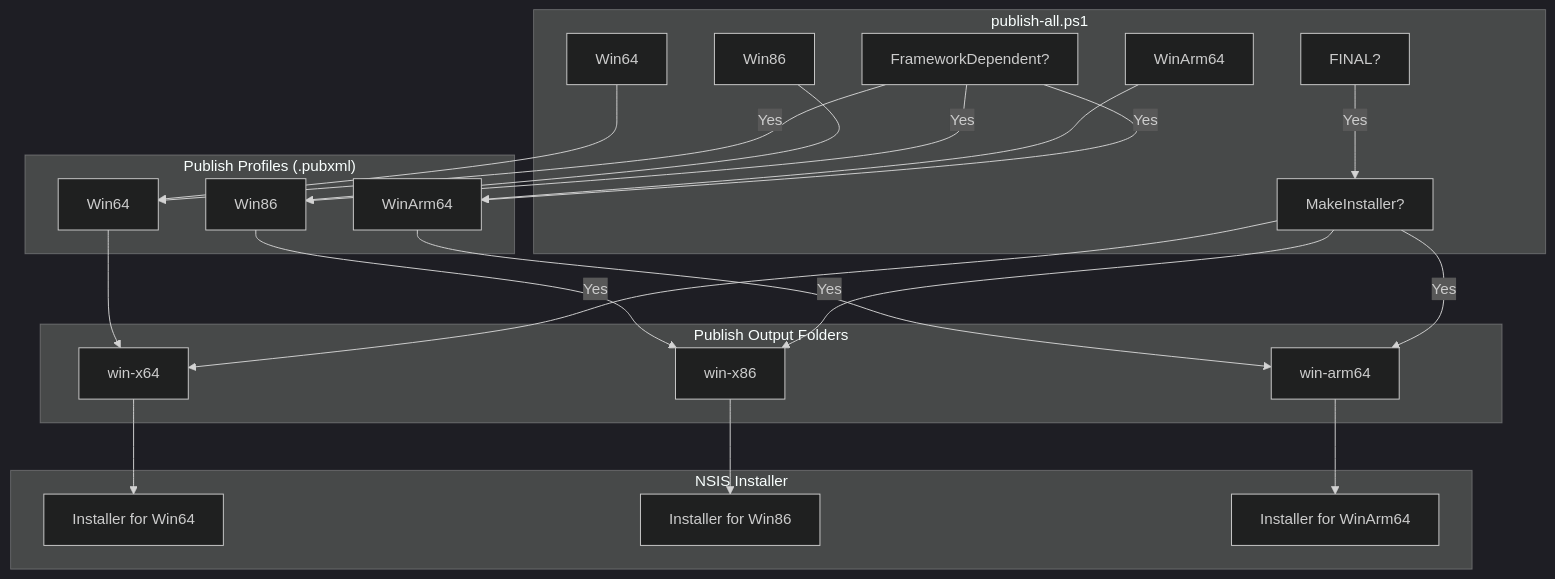
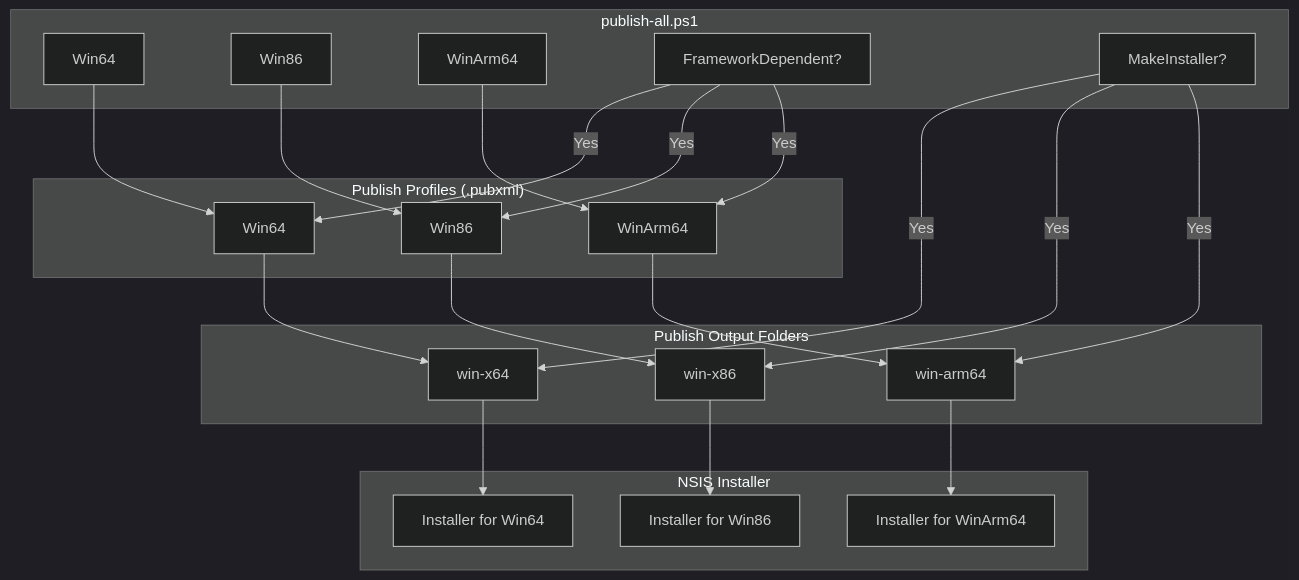
Before and after one commit to ultraslayyy/I-am-bored: the diagram in notepad#/README.md, drawn with Mermaid (dark theme).

Commit message:
notepad#: Remove FINAL from diagram

````diff
--- a/notepad#/README.md
+++ b/notepad#/README.md
@@ -68,51 +68,49 @@
 ```mermaid
 flowchart TD
     subgraph PS["publish-all.ps1"]
         P1[Win64]
         P2[Win86]
         P3[WinArm64]
         FD[FrameworkDependent?]
-        FI[FINAL?]
         MI[MakeInstaller?]
     end
 
     subgraph Profiles["Publish Profiles (.pubxml)"]
         A[Win64]
         B[Win86]
         C[WinArm64]
     end
 
     subgraph Output["Publish Output Folders"]
         D[win-x64]
         E[win-x86]
         F[win-arm64]
     end
 
     subgraph Installer["NSIS Installer"]
         G[Installer for Win64]
         H[Installer for Win86]
         I[Installer for WinArm64]
     end
 
     %% Publish flow
     P1 --> A
     P2 --> B
     P3 --> C
     FD -->|Yes| A
     FD -->|Yes| B
     FD -->|Yes| C
 
     A --> D
     B --> E
     C --> F
 
     %% Installer flow
-    FI -->|Yes| MI
     MI -->|Yes| D
     MI -->|Yes| E
     MI -->|Yes| F
 
     D --> G
     E --> H
     F --> I
 ```
````
